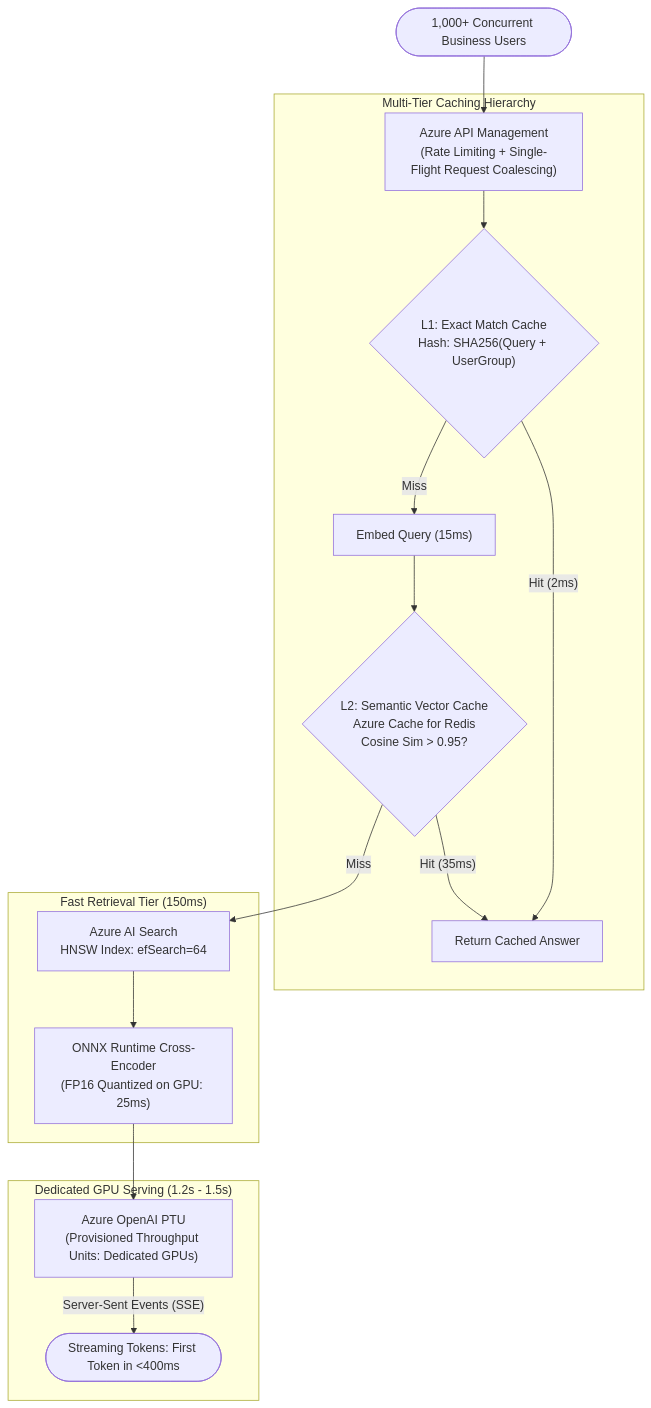
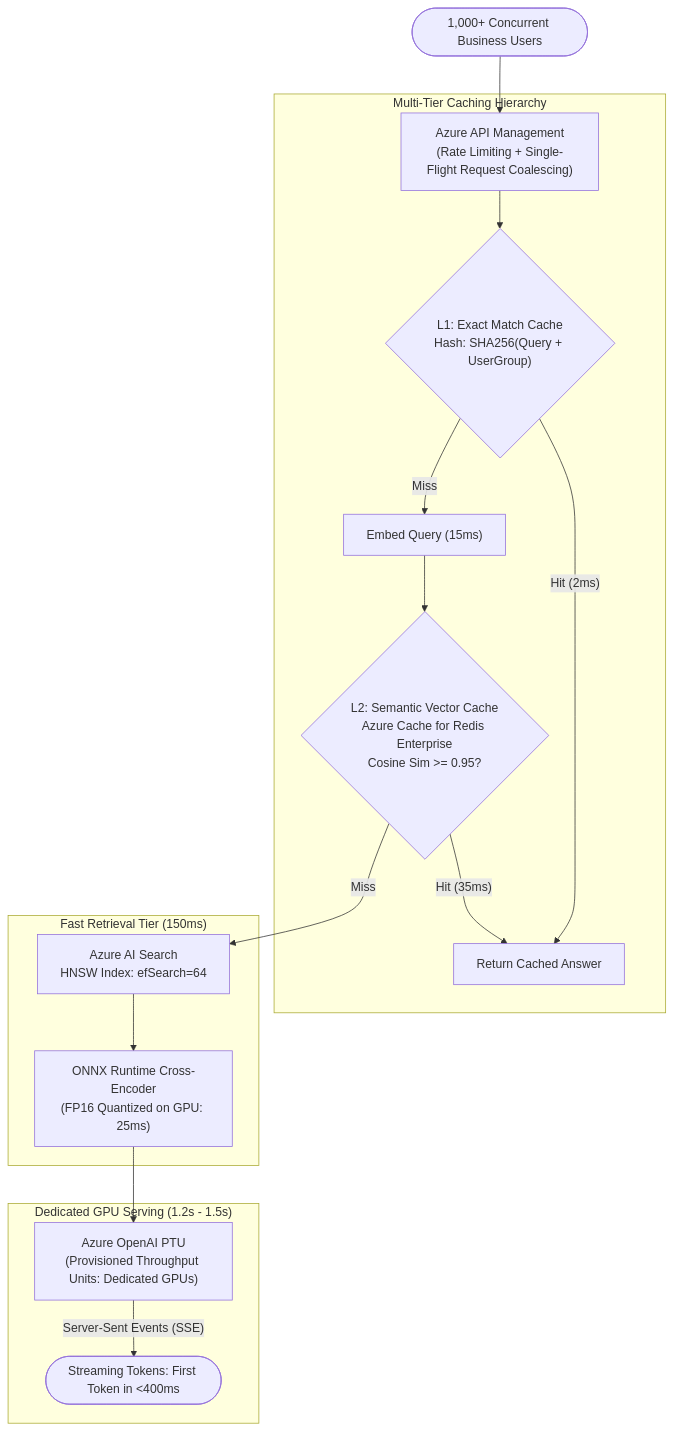
One commit to rahulkumarjha26/genai-study-materials changed the fourth of 10 diagrams in README_V2.md. Above: the diagram before and after it, drawn with Mermaid. The commit also changed other lines of this file, not shown here.

Commit message:
Add Master Azure AI Stack, in-flow service rationales, and clean formula blocks to README_V2

````diff
--- a/README_V2.md
+++ b/README_V2.md
@@ -146,23 +235,23 @@
 ```mermaid
 flowchart TD
     User(["1,000+ Concurrent Business Users"]) --> APIM["Azure API Management<br/>(Rate Limiting + Single-Flight Request Coalescing)"]
     
     subgraph CACHE_TIER["Multi-Tier Caching Hierarchy"]
         APIM --> L1{"L1: Exact Match Cache<br/>Hash: SHA256(Query + UserGroup)"}
         L1 -- "Hit (2ms)" --> CachedAnswer["Return Cached Answer"]
         
         L1 -- "Miss" --> Embed["Embed Query (15ms)"]
-        Embed --> L2{"L2: Semantic Vector Cache<br/>Azure Cache for Redis<br/>Cosine Sim > 0.95?"}
+        Embed --> L2{"L2: Semantic Vector Cache<br/>Azure Cache for Redis Enterprise<br/>Cosine Sim >= 0.95?"}
         L2 -- "Hit (35ms)" --> CachedAnswer
     end
 
     subgraph RETRIEVAL_TIER["Fast Retrieval Tier (150ms)"]
         L2 -- "Miss" --> Search["Azure AI Search<br/>HNSW Index: efSearch=64"]
         Search --> Rerank["ONNX Runtime Cross-Encoder<br/>(FP16 Quantized on GPU: 25ms)"]
     end
 
     subgraph SERVING_TIER["Dedicated GPU Serving (1.2s - 1.5s)"]
         Rerank --> PTU["Azure OpenAI PTU<br/>(Provisioned Throughput Units: Dedicated GPUs)"]
         PTU -- "Server-Sent Events (SSE)" --> StreamOutput(["Streaming Tokens: First Token in <400ms"])
     end
 ```
````
